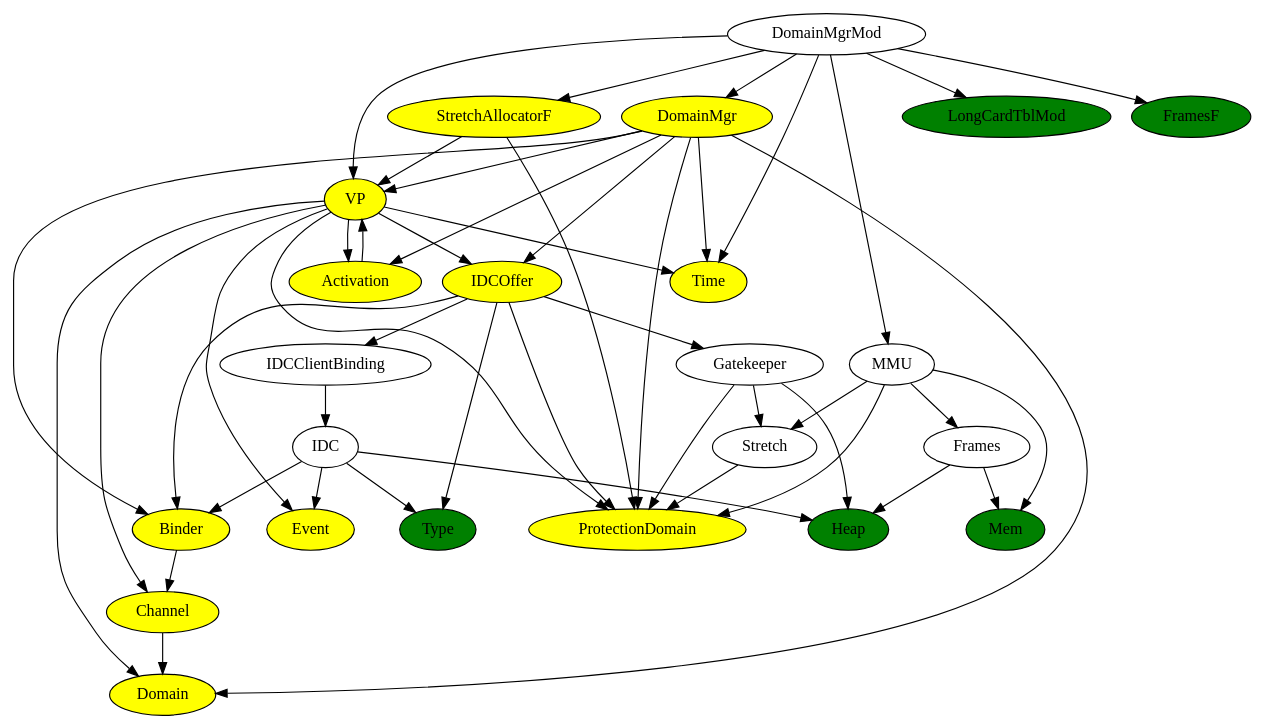
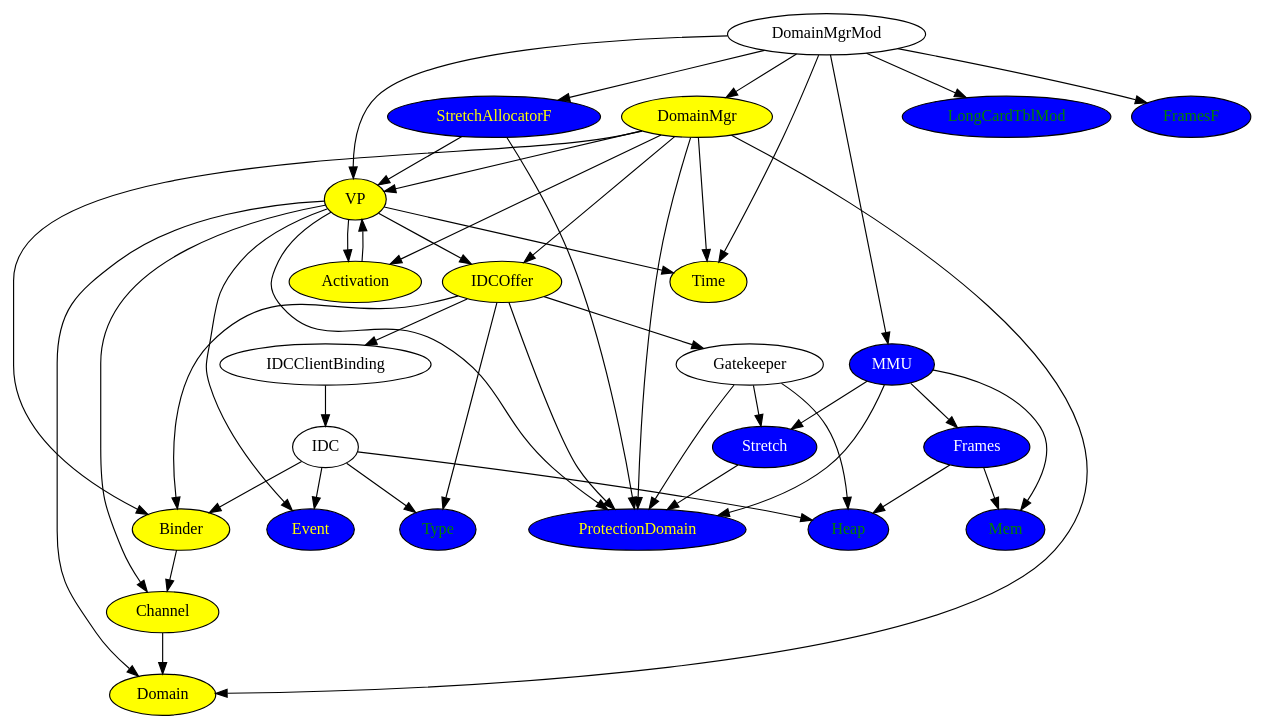
Before and after one commit to metta-systems/metta: the diagram in docs/needs_boot.dot, drawn with Graphviz.

Commit message:
Blue background nodes are implemented dependencies.
Nodes that do not have outgoing connections are next candidates (Time and Domain look good).

```diff
--- a/docs/needs_boot.dot
+++ b/docs/needs_boot.dot
@@ -1,67 +1,71 @@
 digraph {
 # Stuff we're after (what DomainMgr and VP need)
 	VP [style=filled,fillcolor=yellow,color=black,fontcolor=black];
 	Domain [style=filled,fillcolor=yellow,color=black,fontcolor=black];
 	DomainMgr [style=filled,fillcolor=yellow,color=black,fontcolor=black];
 	Binder [style=filled,fillcolor=yellow,color=black,fontcolor=black];
 	IDCOffer [style=filled,fillcolor=yellow,color=black,fontcolor=black];
 	Activation [style=filled,fillcolor=yellow,color=black,fontcolor=black];
-	StretchAllocatorF [style=filled,fillcolor=yellow,color=black,fontcolor=black];
+	StretchAllocatorF [style=filled,fillcolor=blue,color=black,fontcolor=yellow];
 	Time [style=filled,fillcolor=yellow,color=black,fontcolor=black];
-	ProtectionDomain [style=filled,fillcolor=yellow,color=black,fontcolor=black];
+	ProtectionDomain [style=filled,fillcolor=blue,color=black,fontcolor=yellow];
 	Channel [style=filled,fillcolor=yellow,color=black,fontcolor=black];
-	Event [style=filled,fillcolor=yellow,color=black,fontcolor=black];
+	Event [style=filled,fillcolor=blue,color=black,fontcolor=yellow];
 # Leaf Nodes
-	Heap [style=filled,fillcolor=green,color=black,fontcolor=black];
-	LongCardTblMod [style=filled,fillcolor=green,color=black,fontcolor=black];
-	Type [style=filled,fillcolor=green,color=black,fontcolor=black];
-	Mem [style=filled,fillcolor=green,color=black,fontcolor=black];
-	FramesF [style=filled,fillcolor=green,color=black,fontcolor=black];
+	Heap [style=filled,fillcolor=blue,color=black,fontcolor=green];
+	LongCardTblMod [style=filled,fillcolor=blue,color=black,fontcolor=green];
+	Type [style=filled,fillcolor=blue,color=black,fontcolor=green];
+	Mem [style=filled,fillcolor=blue,color=black,fontcolor=green];
+	FramesF [style=filled,fillcolor=blue,color=black,fontcolor=green];
 # Non-leaf nodes
+    Frames [style=filled,fillcolor=blue,fontcolor=white];
+    Stretch [style=filled,fillcolor=blue,fontcolor=white];
+    MMU [style=filled,fillcolor=blue,fontcolor=white];
+
 	Activation -> VP;
 	Binder -> Channel;
 	Channel -> Domain;
 	DomainMgr -> Activation;
 	DomainMgr -> ProtectionDomain;
 	DomainMgr -> Time;
 	DomainMgr -> Domain;
 	DomainMgr -> VP;
 	DomainMgr -> IDCOffer;
 	DomainMgr -> Binder;
 	DomainMgrMod -> StretchAllocatorF;
 	DomainMgrMod -> Time;
 	DomainMgrMod -> DomainMgr;
 	DomainMgrMod -> FramesF;
 	DomainMgrMod -> LongCardTblMod;
 	DomainMgrMod -> MMU;
 	DomainMgrMod -> VP;
 	Frames -> Mem;
 	Frames -> Heap;
 	Gatekeeper -> Heap;
 	Gatekeeper -> Stretch;
 	Gatekeeper -> ProtectionDomain;
 	IDC -> Heap;
 	IDC -> Binder;
 	IDC -> Event;
 	IDC -> Type;
 	IDCClientBinding -> IDC;
 	IDCOffer -> Type;
 	IDCOffer -> Binder;
 	IDCOffer -> ProtectionDomain;
 	IDCOffer -> IDCClientBinding;
 	IDCOffer -> Gatekeeper;
 	MMU -> Frames;
 	MMU -> Mem; 
 	MMU -> ProtectionDomain;
 	MMU -> Stretch;
 	Stretch -> ProtectionDomain;
 	StretchAllocatorF -> ProtectionDomain;
 	StretchAllocatorF -> VP;
 	VP -> Activation;
 	VP -> Channel;
 	VP -> Event;
 	VP -> Time;
 	VP -> Domain;
 	VP -> ProtectionDomain;
 	VP -> IDCOffer;
 }
```
